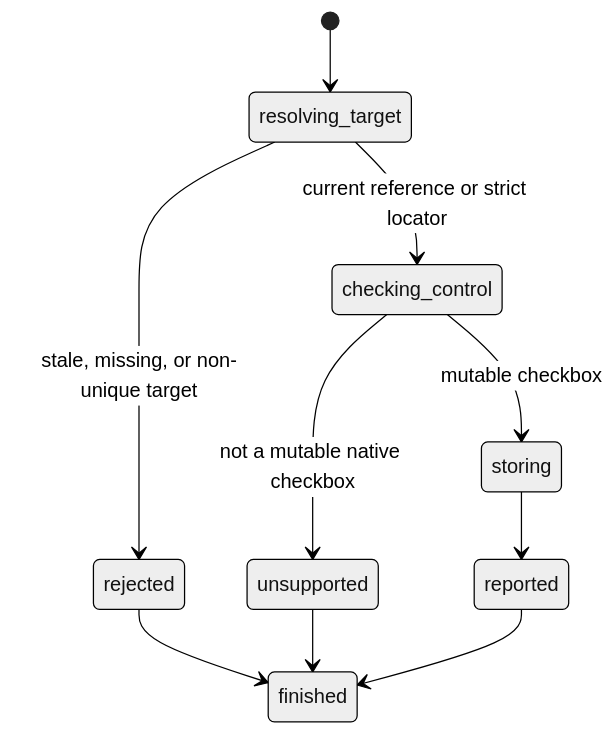
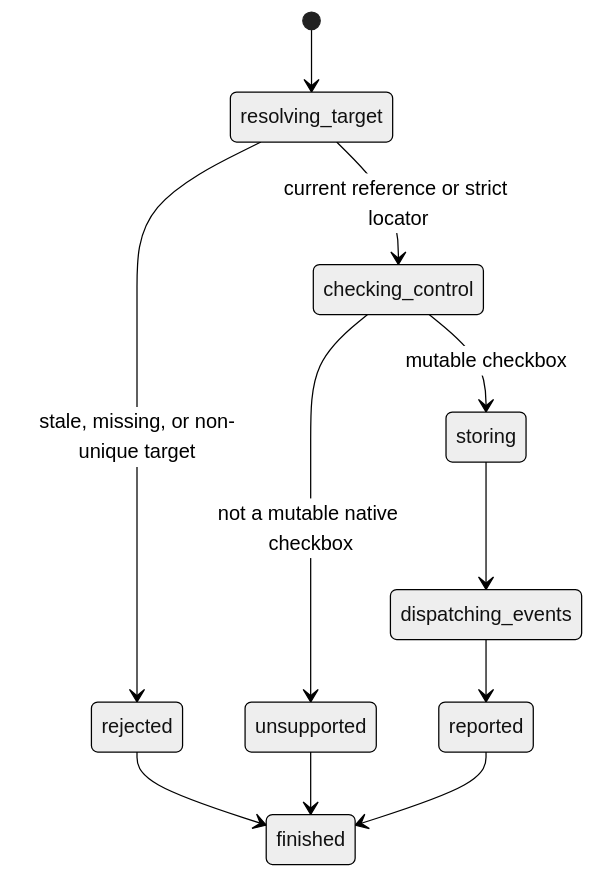
The diagram in interaction/set-checked.md (thoriqakbar0/browser.jr), drawn with Mermaid (neutral theme) before and after one commit. The commit also changed other lines of this file and 33 other files, not shown here.

````diff
--- a/interaction/set-checked.md
+++ b/interaction/set-checked.md
@@ -23,12 +23,13 @@
 ```mermaid
 stateDiagram-v2
     [*] --> resolving_target
     resolving_target --> rejected : stale, missing, or non-unique target
     resolving_target --> checking_control : current reference or strict locator
     checking_control --> unsupported : not a mutable native checkbox
     checking_control --> storing : mutable checkbox
-    storing --> reported
+    storing --> dispatching_events
+    dispatching_events --> reported
     rejected --> finished
     unsupported --> finished
     reported --> finished
 ```
````
